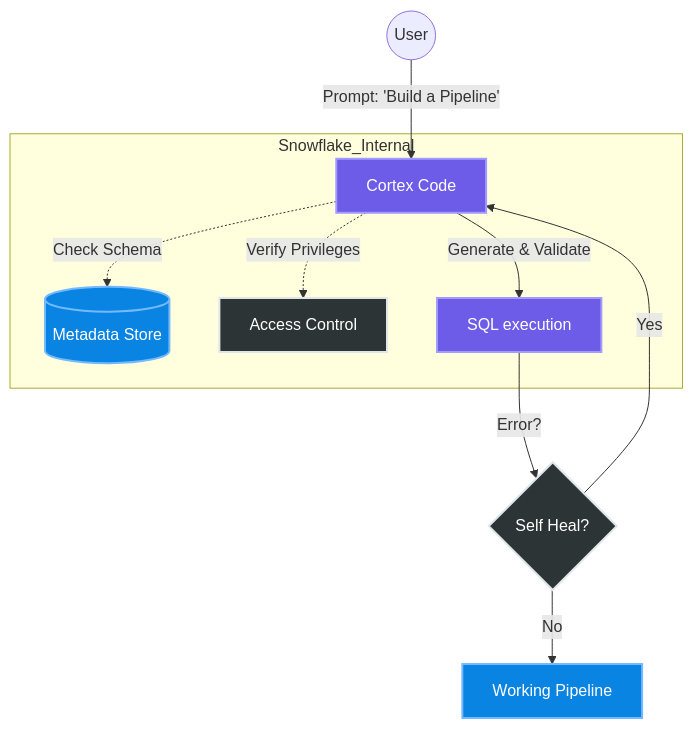
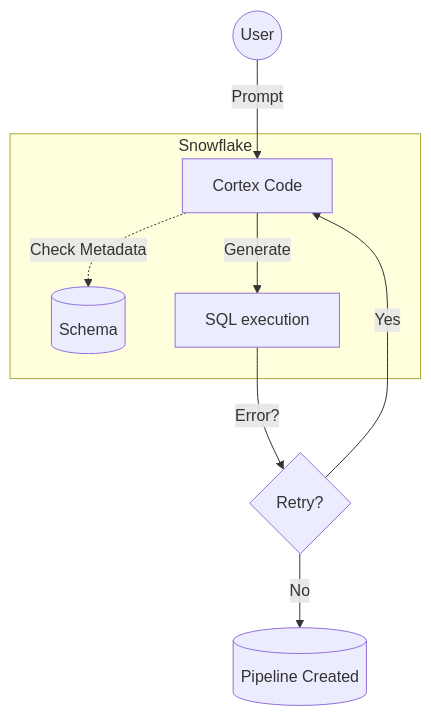
The diagram in 02_Brain/pages/05_Warehousing/Snowflake.md (visuvishwa99/second_brain), drawn with Mermaid before and after one commit. The commit also changed other lines of this file and 13 other files, not shown here.

````diff
--- a/02_Brain/pages/05_Warehousing/Snowflake.md
+++ b/02_Brain/pages/05_Warehousing/Snowflake.md
@@ -60,18 +44,11 @@
 ```mermaid
 flowchart TD
-    classDef logic fill:#2d3436,stroke:#dfe6e9,stroke-width:2px,color:#fff
-    classDef storage fill:#0984e3,stroke:#74b9ff,stroke-width:2px,color:#fff
-    classDef process fill:#6c5ce7,stroke:#a29bfe,stroke-width:2px,color:#fff
-    
-    U((User)) -->|Prompt: 'Build a Pipeline'| CoCo[Cortex Code]:::process
-    
-    subgraph Snowflake_Internal
-        CoCo -.->|Check Schema| Meta[(Metadata Store)]:::storage
-        CoCo -.->|Verify Privileges| RBAC[Access Control]:::logic
-        CoCo -->|Generate & Validate| SQL[SQL execution]:::process
+    U((User)) -->|Prompt| CoCo[Cortex Code]
+    subgraph Snowflake
+        CoCo -.->|Check Metadata| Meta[(Schema)]
+        CoCo -->|Generate| SQL[SQL execution]
     end
-    
-    SQL -->|Error?| SelfHeal{Self Heal?}:::logic
+    SQL -->|Error?| SelfHeal{Retry?}
     SelfHeal -->|Yes| CoCo
-    SelfHeal -->|No| Result[Working Pipeline]:::storage
+    SelfHeal -->|No| Success[(Pipeline Created)]
 ```
````
